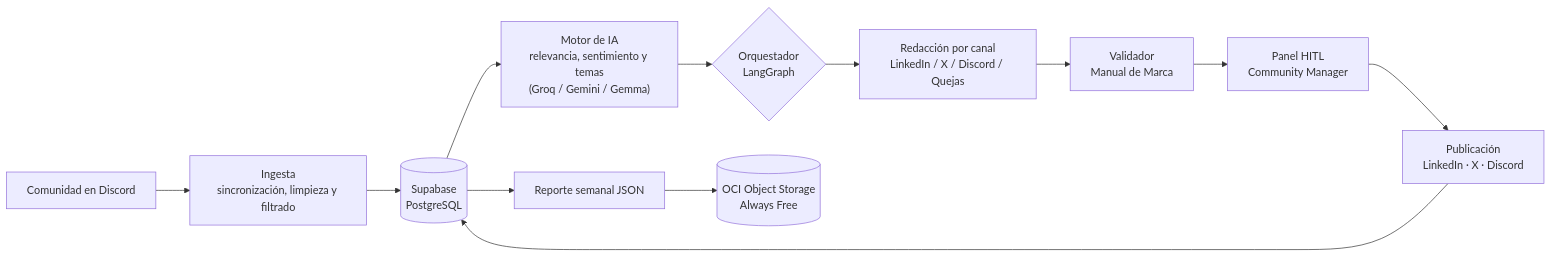
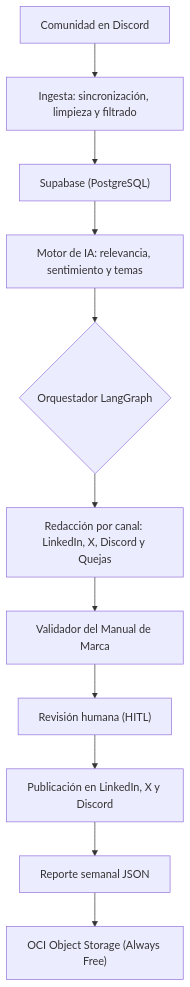
One commit to Fernando-Frausto/G10-LATAM-equipo-27 changed the first of 2 diagrams in README.md. Above: the diagram before and after it, drawn with Mermaid.

Commit message:
Update flowchart format in README.md

````diff
--- a/README.md
+++ b/README.md
@@ -75,14 +75,13 @@
 ```mermaid
-flowchart LR
-    A["Comunidad en Discord"] --> B["Ingesta<br/>sincronización, limpieza y filtrado"]
-    B --> C[("Supabase<br/>PostgreSQL")]
-    C --> D["Motor de IA<br/>relevancia, sentimiento y temas<br/>(Groq / Gemini / Gemma)"]
-    D --> E{"Orquestador<br/>LangGraph"}
-    E --> F["Redacción por canal<br/>LinkedIn / X / Discord / Quejas"]
-    F --> G["Validador<br/>Manual de Marca"]
-    G --> H["Panel HITL<br/>Community Manager"]
-    H --> I["Publicación<br/>LinkedIn · X · Discord"]
-    I --> C
-    C --> J["Reporte semanal JSON"]
-    J --> K[("OCI Object Storage<br/>Always Free")]
+flowchart TD
+    A["Comunidad en Discord"] --> B["Ingesta: sincronización, limpieza y filtrado"]
+    B --> C["Supabase (PostgreSQL)"]
+    C --> D["Motor de IA: relevancia, sentimiento y temas"]
+    D --> E{"Orquestador LangGraph"}
+    E --> F["Redacción por canal: LinkedIn, X, Discord y Quejas"]
+    F --> G["Validador del Manual de Marca"]
+    G --> H["Revisión humana (HITL)"]
+    H --> I["Publicación en LinkedIn, X y Discord"]
+    I --> J["Reporte semanal JSON"]
+    J --> K["OCI Object Storage (Always Free)"]
 ```
````
